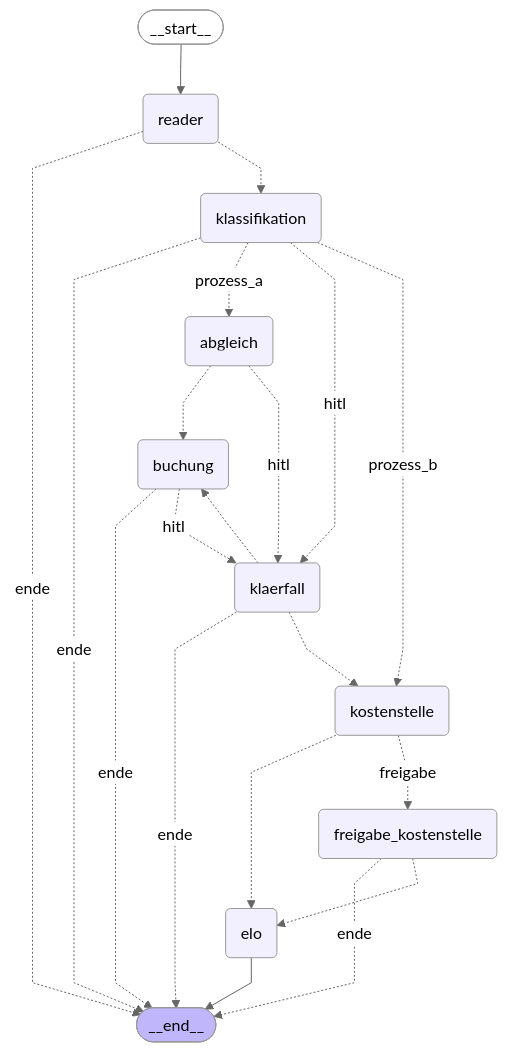
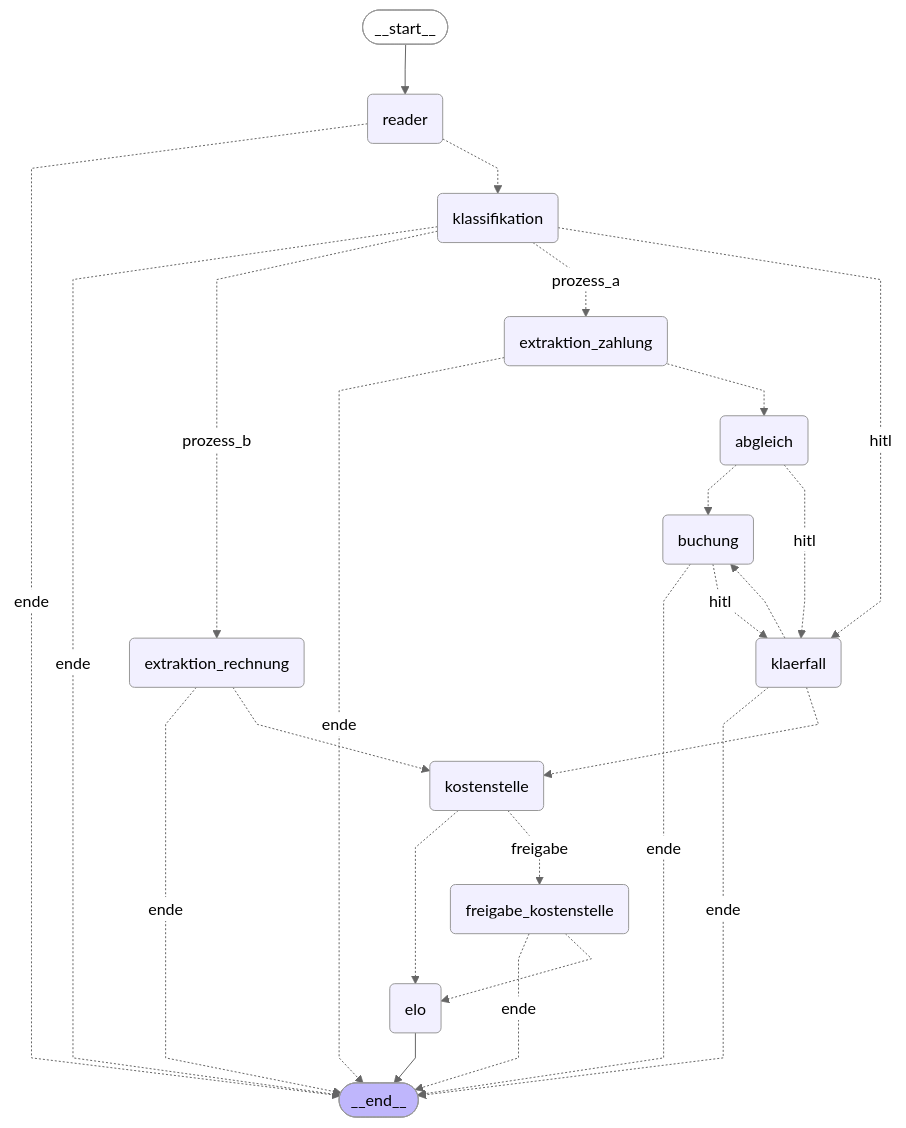
One commit to kisanthan/multi-agent changed the diagram in docs/architecture.md. Above: the diagram before and after it, drawn with Mermaid (neutral theme). The commit also changed other lines of this file and 61 other files, not shown here.

````diff
--- a/docs/architecture.md
+++ b/docs/architecture.md
@@ -114,40 +114,46 @@
 ```mermaid
 ---
 config:
   flowchart:
     curve: linear
 ---
 graph TD;
 	__start__([<p>__start__</p>]):::first
 	reader(reader)
 	klassifikation(klassifikation)
+	extraktion_zahlung(extraktion_zahlung)
 	abgleich(abgleich)
 	buchung(buchung)
 	klaerfall(klaerfall)
+	extraktion_rechnung(extraktion_rechnung)
 	kostenstelle(kostenstelle)
 	freigabe_kostenstelle(freigabe_kostenstelle)
 	elo(elo)
 	__end__([<p>__end__</p>]):::last
 	__start__ --> reader;
 	abgleich -.-> buchung;
 	abgleich -. &nbsp;hitl&nbsp; .-> klaerfall;
 	buchung -. &nbsp;ende&nbsp; .-> __end__;
 	buchung -. &nbsp;hitl&nbsp; .-> klaerfall;
+	extraktion_rechnung -. &nbsp;ende&nbsp; .-> __end__;
+	extraktion_rechnung -.-> kostenstelle;
+	extraktion_zahlung -. &nbsp;ende&nbsp; .-> __end__;
+	extraktion_zahlung -.-> abgleich;
 	freigabe_kostenstelle -. &nbsp;ende&nbsp; .-> __end__;
 	freigabe_kostenstelle -.-> elo;
 	klaerfall -. &nbsp;ende&nbsp; .-> __end__;
 	klaerfall -.-> buchung;
 	klaerfall -.-> kostenstelle;
 	klassifikation -. &nbsp;ende&nbsp; .-> __end__;
-	klassifikation -. &nbsp;prozess_a&nbsp; .-> abgleich;
+	klassifikation -. &nbsp;prozess_b&nbsp; .-> extraktion_rechnung;
+	klassifikation -. &nbsp;prozess_a&nbsp; .-> extraktion_zahlung;
 	klassifikation -. &nbsp;hitl&nbsp; .-> klaerfall;
-	klassifikation -. &nbsp;prozess_b&nbsp; .-> kostenstelle;
 	kostenstelle -.-> elo;
 	kostenstelle -. &nbsp;freigabe&nbsp; .-> freigabe_kostenstelle;
 	reader -. &nbsp;ende&nbsp; .-> __end__;
 	reader -.-> klassifikation;
 	elo --> __end__;
 	classDef default fill:#f2f0ff,line-height:1.2
 	classDef first fill-opacity:0
 	classDef last fill:#bfb6fc
 ```
````
